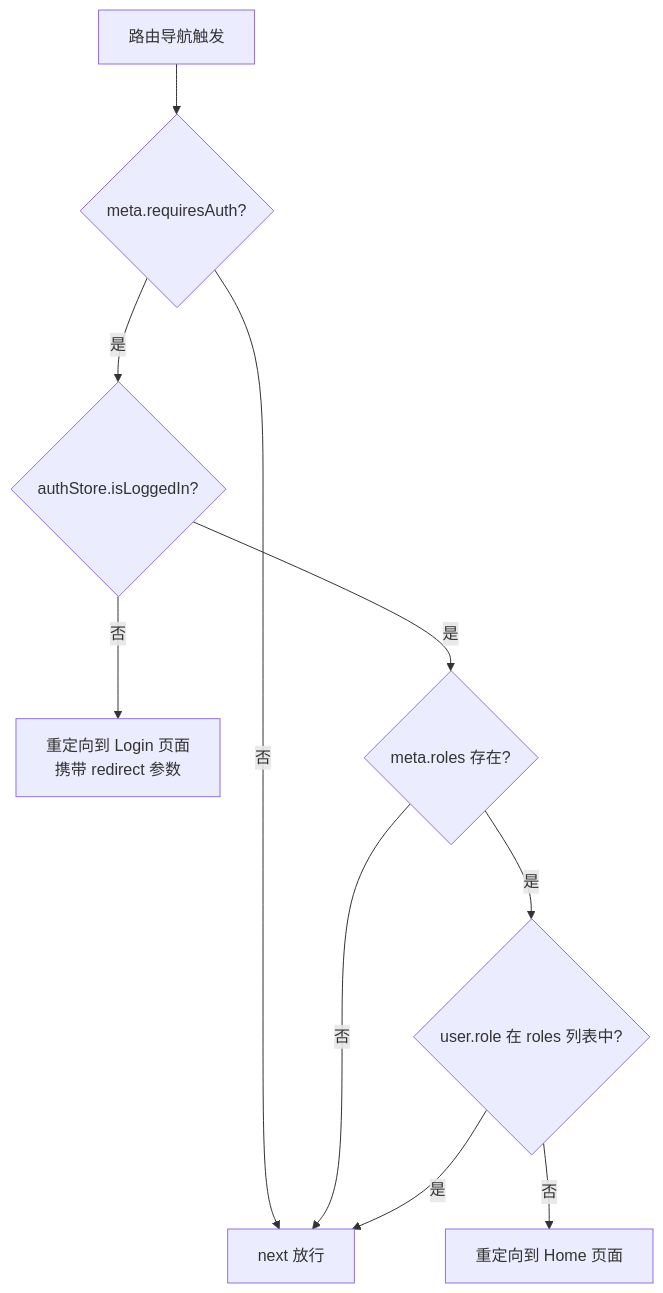
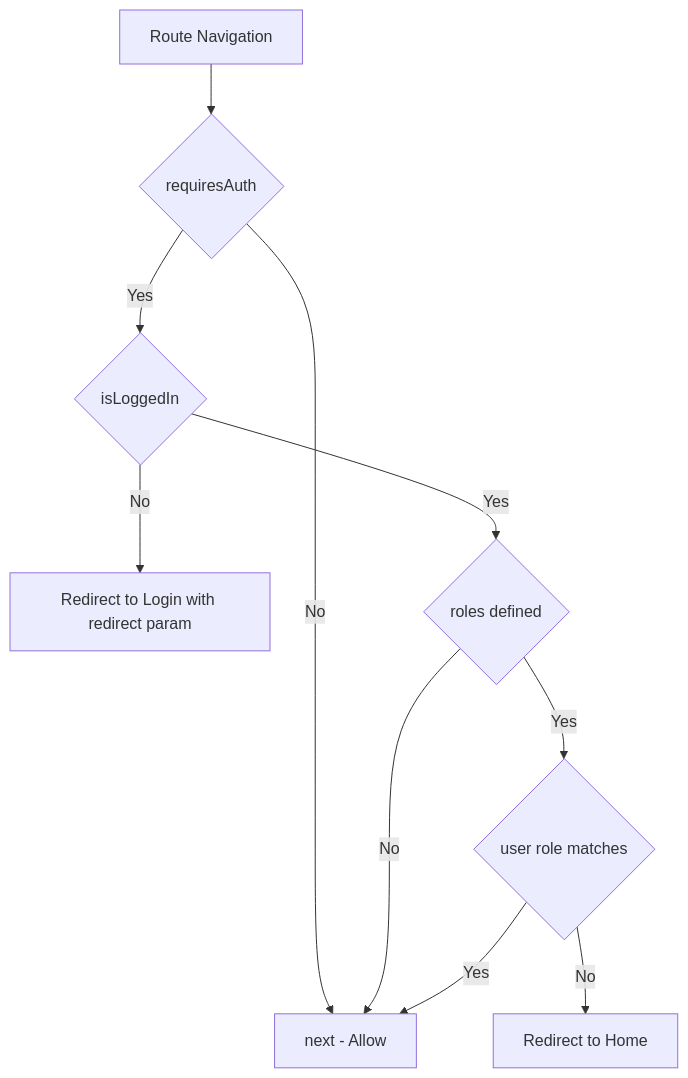
Before and after one commit to mambo-wang/CodingHub: the fourth of 5 diagrams in repowiki/前端应用.md, drawn with Mermaid. The commit also changed other lines of this file and 19 other files, not shown here.

````diff
--- a/repowiki/前端应用.md
+++ b/repowiki/前端应用.md
@@ -254,12 +440,12 @@
 ```mermaid
-flowchart TD
-    A[路由导航触发] --> B{meta.requiresAuth?}
-    B -- 否 --> G[next 放行]
-    B -- 是 --> C{authStore.isLoggedIn?}
-    C -- 否 --> D[重定向到 Login 页面<br/>携带 redirect 参数]
-    C -- 是 --> E{meta.roles 存在?}
-    E -- 否 --> G
-    E -- 是 --> F{user.role 在 roles 列表中?}
-    F -- 否 --> H[重定向到 Home 页面]
-    F -- 是 --> G
+graph TD
+    A[Route Navigation] --> B{requiresAuth}
+    B -->|No| G[next - Allow]
+    B -->|Yes| C{isLoggedIn}
+    C -->|No| D[Redirect to Login with redirect param]
+    C -->|Yes| E{roles defined}
+    E -->|No| G
+    E -->|Yes| F{user role matches}
+    F -->|No| H[Redirect to Home]
+    F -->|Yes| G
 ```
````
